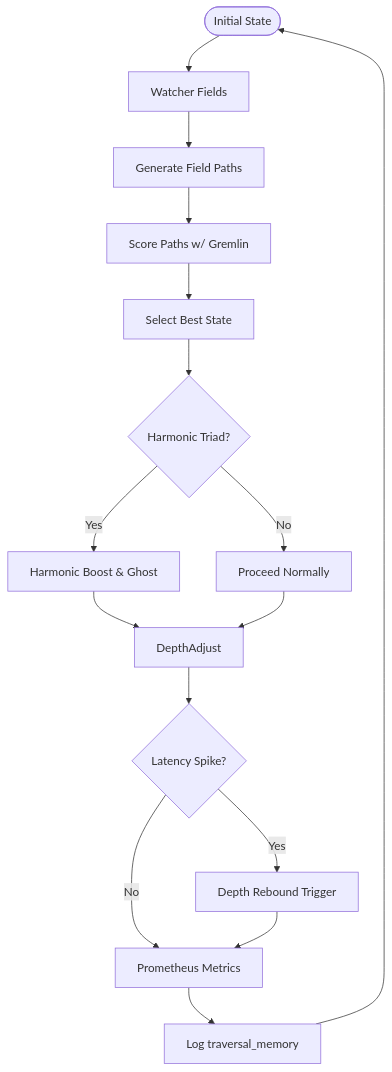
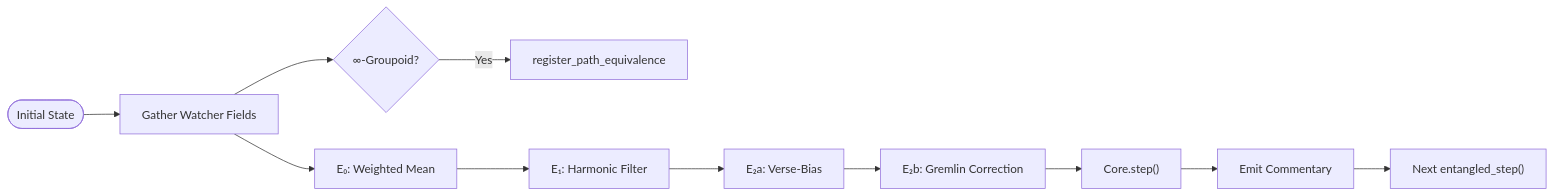
One commit to LinaNoor-AGI/noor-research changed the diagram in Recursive_Agent/README.MD. Above: the diagram before and after it, drawn with Mermaid. The commit also changed other lines of this file, not shown here.

````diff
--- a/Recursive_Agent/README.MD
+++ b/Recursive_Agent/README.MD
@@ -36,18 +50,14 @@
 ```mermaid
-flowchart TD
-    Init([Initial State]) --> FieldsGather["Watcher Fields"]
-    FieldsGather --> PathGen["Generate Field Paths"]
-    PathGen --> Evaluate["Score Paths w/ Gremlin"]
-    Evaluate --> BestState["Select Best State"]
-    BestState --> HarmonicCheck{"Harmonic Triad?"}
-    HarmonicCheck -->|Yes| Boost["Harmonic Boost & Ghost"]
-    HarmonicCheck -->|No| Advance["Proceed Normally"]
-    Boost --> DepthAdjust
-    Advance --> DepthAdjust
-    DepthAdjust --> Latency{"Latency Spike?"}
-    Latency -->|Yes| ShrinkDepth["Depth Rebound Trigger"]
-    Latency -->|No| Observe["Prometheus Metrics"]
-    ShrinkDepth --> Observe
-    Observe --> StepRecord["Log traversal_memory"]
-    StepRecord --> Init
+flowchart LR
+    Init([Initial State])
+    Init --> Gather["Gather Watcher Fields"]
+    Gather --> PiHash{"∞‑Groupoid?"}
+    PiHash -->|Yes| PiMerge["register_path_equivalence"]
+    Gather --> SpectralE0["E₀: Weighted Mean"]
+    SpectralE0 --> SpectralE1["E₁: Harmonic Filter"]
+    SpectralE1 --> SpectralE2a["E₂a: Verse‑Bias"]
+    SpectralE2a --> SpectralE2b["E₂b: Gremlin Correction"]
+    SpectralE2b --> CoreStep["Core.step()"]
+    CoreStep --> Commentary["Emit Commentary"]
+    Commentary --> NextCycle["Next entangled_step()"]
 ```
````
